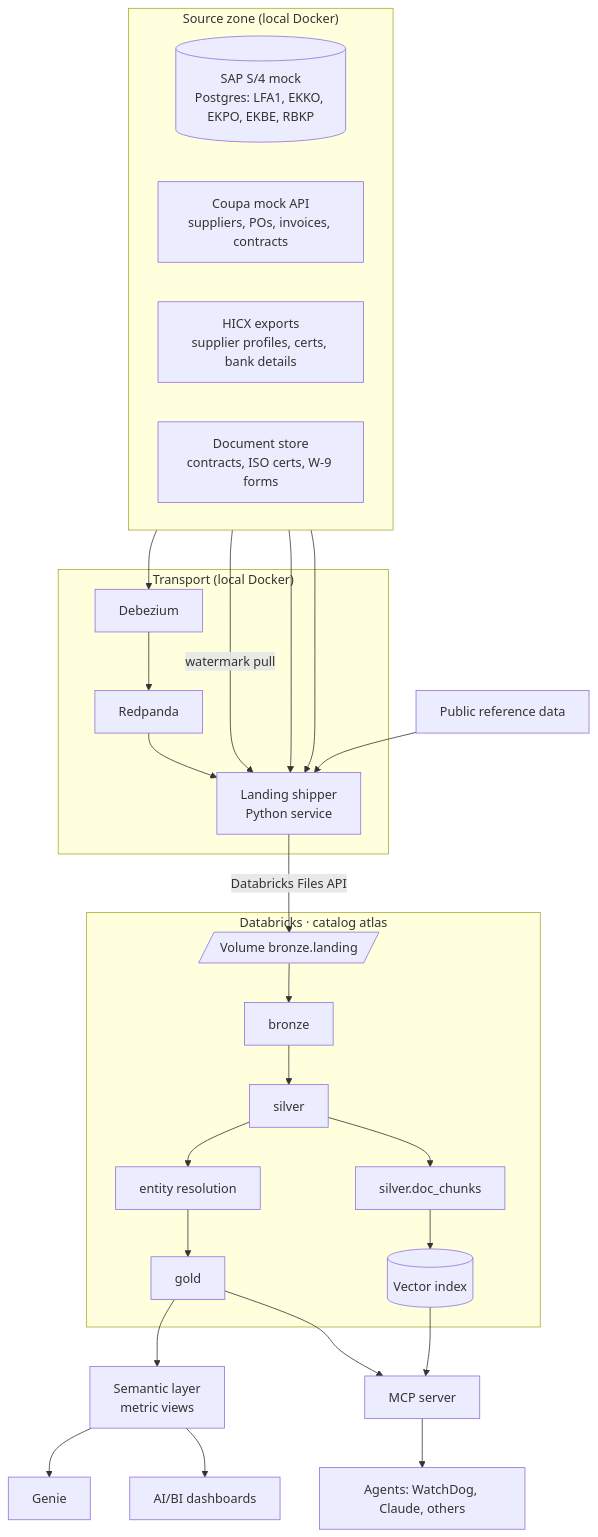
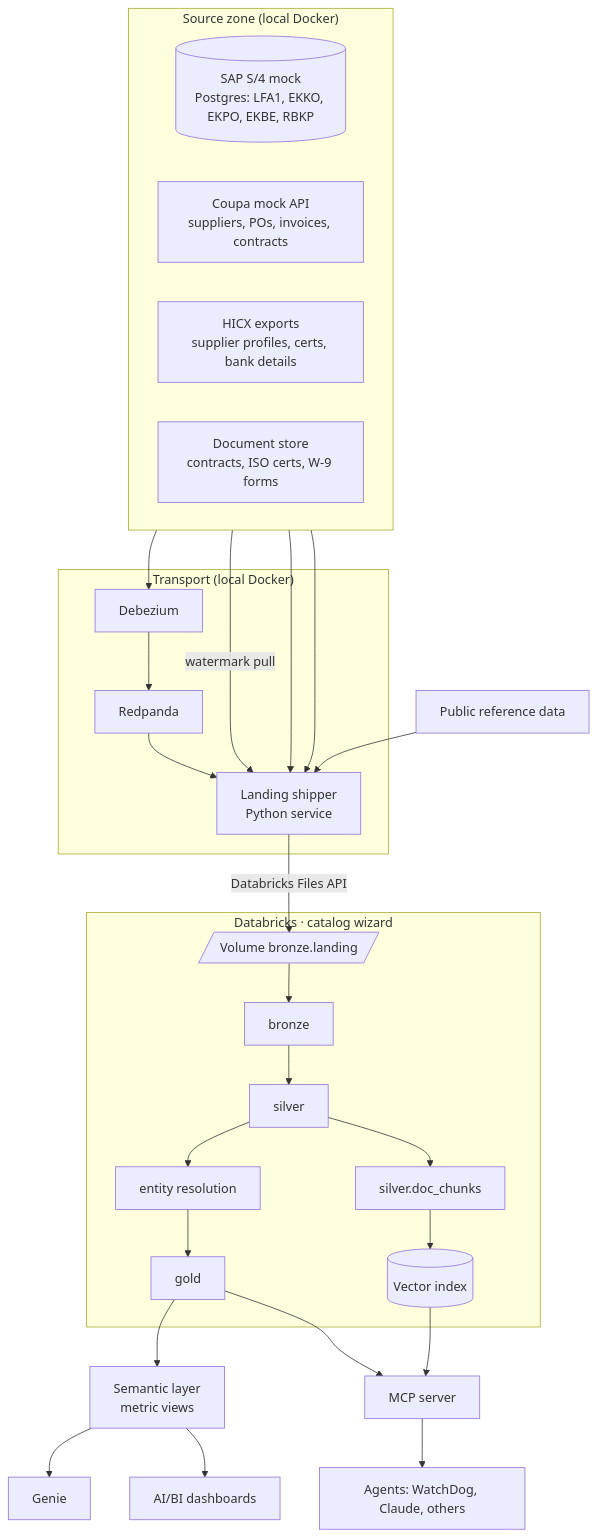
The first of 2 diagrams in docs/architecture.md (Aqueel13/databricks-wizard), drawn with Mermaid before and after one commit. The commit also changed other lines of this file and 9 other files, not shown here.

First line of the commit message:
Rename project from ATLAS to Databricks Wizard

````diff
--- a/docs/architecture.md
+++ b/docs/architecture.md
@@ -13,38 +13,38 @@
 ```mermaid
 flowchart TB
   subgraph Sources["Source zone (local Docker)"]
     direction LR
     SAP[(SAP S/4 mock<br/>Postgres: LFA1, EKKO, EKPO, EKBE, RBKP)]
     COUPA[Coupa mock API<br/>suppliers, POs, invoices, contracts]
     HICX[HICX exports<br/>supplier profiles, certs, bank details]
     PDF[Document store<br/>contracts, ISO certs, W-9 forms]
   end
   subgraph Transport["Transport (local Docker)"]
     DBZ[Debezium] --> RP[Redpanda]
     SHIP[Landing shipper<br/>Python service]
   end
   SAP --> DBZ
   RP --> SHIP
   COUPA -->|watermark pull| SHIP
   HICX --> SHIP
   PDF --> SHIP
   PUB[Public reference data] --> SHIP
   SHIP -->|Databricks Files API| LZ
 
-  subgraph Lakehouse["Databricks · catalog atlas"]
+  subgraph Lakehouse["Databricks · catalog wizard"]
     LZ[/Volume bronze.landing/]
     LZ --> BRZ[bronze]
     BRZ --> SLV[silver]
     SLV --> ERS[entity resolution]
     ERS --> GLD[gold]
     SLV --> DOC[silver.doc_chunks]
     DOC --> VSI[(Vector index)]
   end
 
   GLD --> SEM[Semantic layer<br/>metric views]
   SEM --> GENIE[Genie]
   SEM --> DASH[AI/BI dashboards]
   GLD --> MCP[MCP server]
   VSI --> MCP
   MCP --> AG[Agents: WatchDog, Claude, others]
 ```
````
